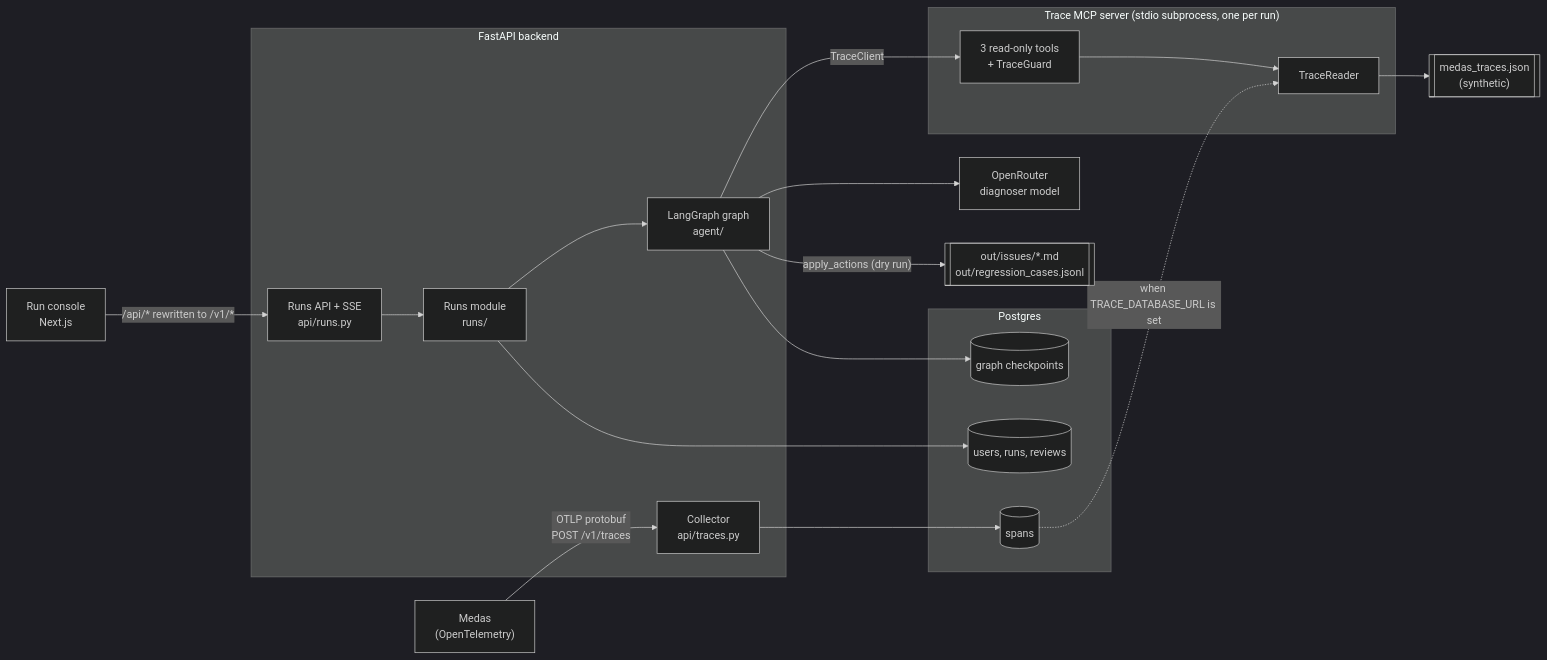
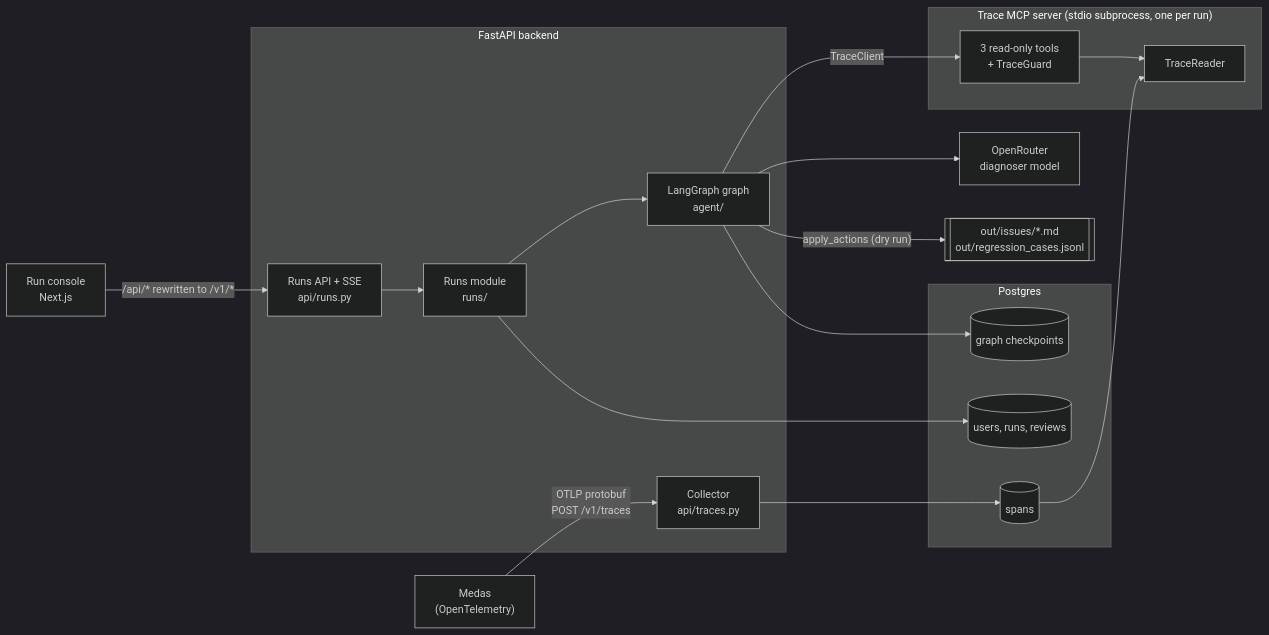
One commit to Nelev/tracescan changed the first of 5 diagrams in README.md. Above: the diagram before and after it, drawn with Mermaid (dark theme). The commit also changed other lines of this file and 36 other files, not shown here.

````diff
--- a/README.md
+++ b/README.md
@@ -28,39 +28,37 @@
 ```mermaid
 flowchart LR
     medas["Medas<br/>(OpenTelemetry)"] -- "OTLP protobuf<br/>POST /v1/traces" --> collector
 
     subgraph backend["FastAPI backend"]
         collector["Collector<br/>api/traces.py"]
         api["Runs API + SSE<br/>api/runs.py"]
         runs["Runs module<br/>runs/"]
         agent["LangGraph graph<br/>agent/"]
         api --> runs --> agent
     end
 
     subgraph pg["Postgres"]
         spans[("spans")]
         app[("users, runs, reviews")]
         cp[("graph checkpoints")]
     end
 
     subgraph mcp["Trace MCP server (stdio subprocess, one per run)"]
         tools["3 read-only tools<br/>+ TraceGuard"]
         reader["TraceReader"]
         tools --> reader
     end
 
-    fixture[["medas_traces.json<br/>(synthetic)"]]
     ui["Run console<br/>Next.js"]
     llm["OpenRouter<br/>diagnoser model"]
     out[["out/issues/*.md<br/>out/regression_cases.jsonl"]]
 
     collector --> spans
-    spans -. "when TRACE_DATABASE_URL is set" .-> reader
-    reader --> fixture
+    spans --> reader
     agent -- "TraceClient" --> tools
     agent --> llm
     agent -- "apply_actions (dry run)" --> out
     agent --> cp
     runs --> app
     ui -- "/api/* rewritten to /v1/*" --> api
 ```
````
